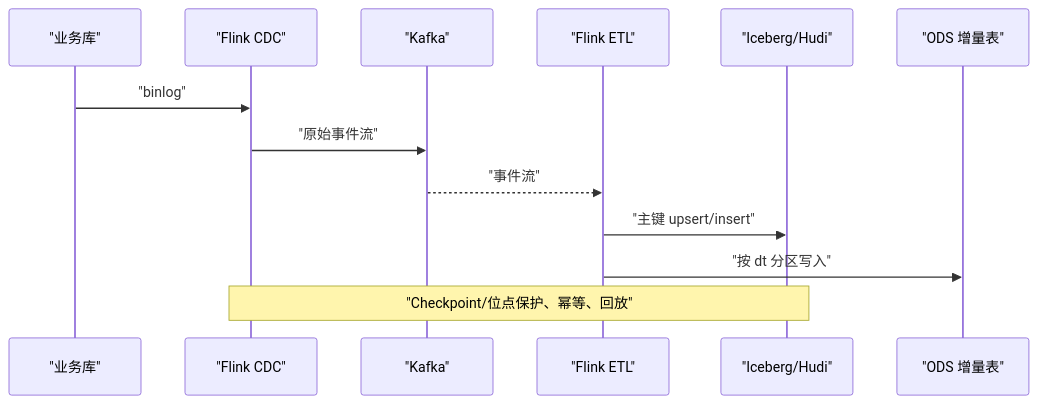
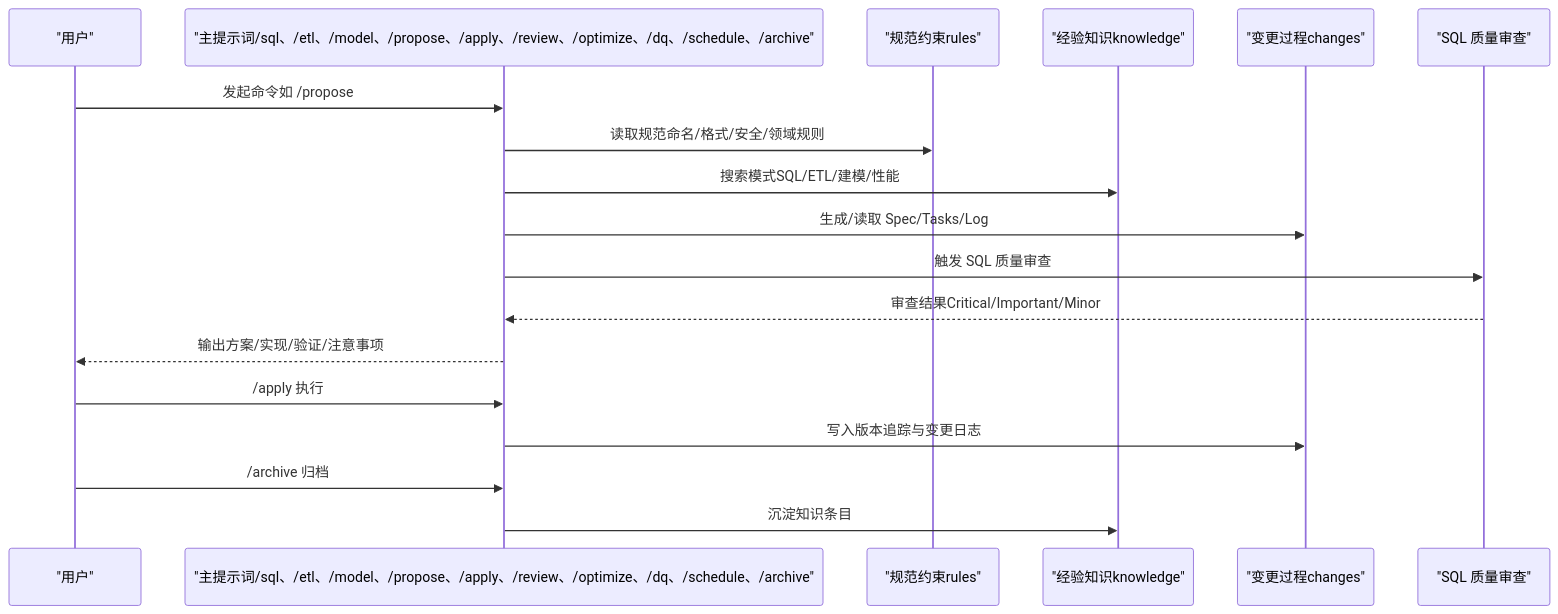
Before and after one commit to 13679659643/Data_Warehouse_Engineering: the second of 3 diagrams in .qoder/repowiki/zh/content/知识库系统/知识库系统.md, drawn with Mermaid. The commit also changed other lines of this file and 88 other files, not shown here.

````diff
--- a/.qoder/repowiki/zh/content/知识库系统/知识库系统.md
+++ b/.qoder/repowiki/zh/content/知识库系统/知识库系统.md
@@ -173,15 +127,20 @@
 ```mermaid
 sequenceDiagram
-participant Src as "业务库"
-participant CDC as "Flink CDC"
-participant MQ as "Kafka"
-participant ETL as "Flink ETL"
-participant Lake as "Iceberg/Hudi"
-participant ODS as "ODS 增量表"
-Src->>CDC : "binlog"
-CDC->>MQ : "原始事件流"
-MQ-->>ETL : "事件流"
-ETL->>Lake : "主键 upsert/insert"
-ETL->>ODS : "按 dt 分区写入"
-Note over CDC,Lake : "Checkpoint/位点保护、幂等、回放"
+participant User as "用户"
+participant Copilot as "主提示词/sql、/etl、/model、/propose、/apply、/review、/optimize、/dq、/schedule、/archive"
+participant Rules as "规范约束rules"
+participant Knowledge as "经验知识knowledge"
+participant Changes as "变更过程changes"
+participant Review as "SQL 质量审查"
+User->>Copilot : 发起命令如 /propose
+Copilot->>Rules : 读取规范命名/格式/安全/领域规则
+Copilot->>Knowledge : 搜索模式SQL/ETL/建模/性能
+Copilot->>Changes : 生成/读取 Spec/Tasks/Log
+Copilot->>Review : 触发 SQL 质量审查
+Review-->>Copilot : 审查结果Critical/Important/Minor
+Copilot-->>User : 输出方案/实现/验证/注意事项
+User->>Copilot : /apply 执行
+Copilot->>Changes : 写入版本追踪与变更日志
+User->>Copilot : /archive 归档
+Copilot->>Knowledge : 沉淀知识条目
 ```
````
